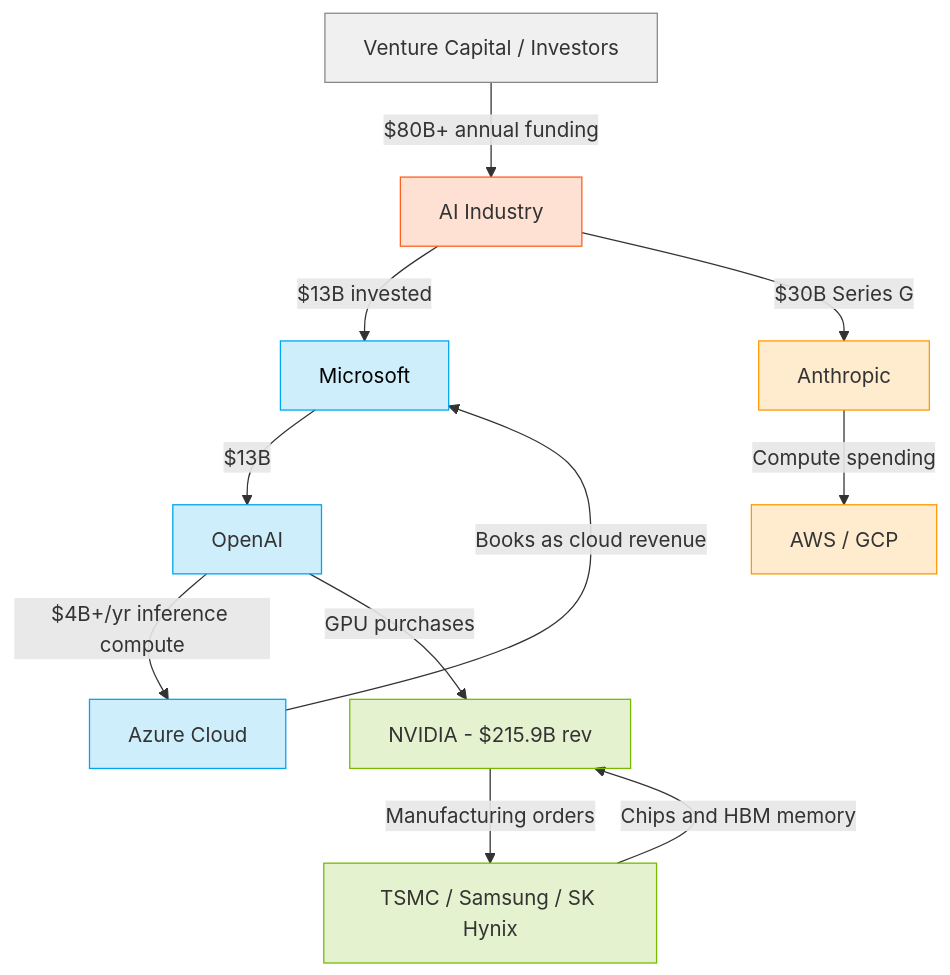
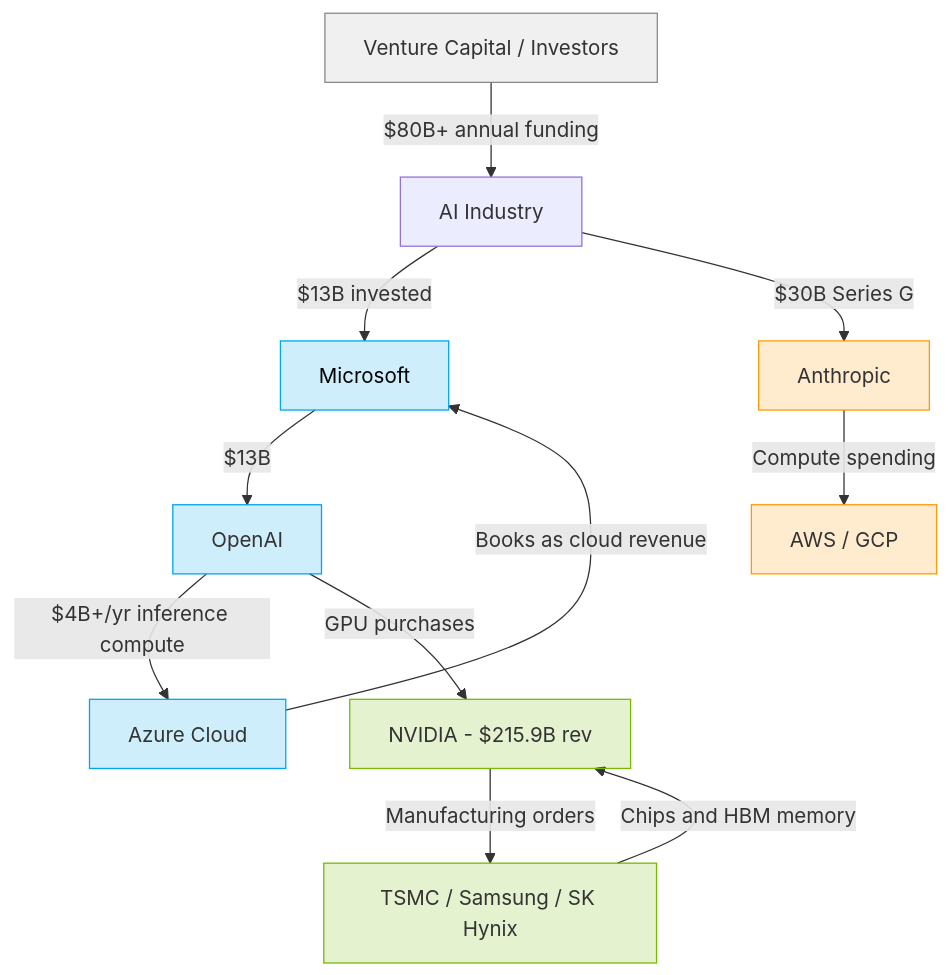
The diagram in data/blog-updates/circular-economy-body.md (beaglabs/www.beaglabs.com), drawn with Mermaid before and after one commit. The commit also changed 150 other files, not shown here.

````diff
--- a/data/blog-updates/circular-economy-body.md
+++ b/data/blog-updates/circular-economy-body.md
@@ -15,25 +15,25 @@
 ```mermaid
 flowchart TD
     VC[Venture Capital / Investors] -->|$80B+ annual funding| AI_IND[AI Industry]
     AI_IND -->|$13B invested| MS[Microsoft]
     MS -->|$13B| OAI[OpenAI]
     OAI -->|$4B+/yr inference compute| AZ[Azure Cloud]
     AZ -->|Books as cloud revenue| MS
 
     OAI -->|GPU purchases| NV[NVIDIA - $215.9B rev]
     NV -->|Manufacturing orders| TSMC[TSMC / Samsung / SK Hynix]
     TSMC -->|Chips and HBM memory| NV
 
     AI_IND -->|$30B Series G| ANT[Anthropic]
     ANT -->|Compute spending| AWS[AWS / GCP]
 
     style MS fill:#00a4ef30,stroke:#00a4ef,color:#000
     style OAI fill:#00a4ef30,stroke:#00a4ef
     style AZ fill:#00a4ef30,stroke:#00a4ef
     style NV fill:#76b90030,stroke:#76b900
     style TSMC fill:#76b90030,stroke:#76b900
     style ANT fill:#ff990030,stroke:#ff9900
     style AWS fill:#ff990030,stroke:#ff9900
     style VC fill:#88888820,stroke:#888
-    style AI_IND fill:#FF5F1F30,stroke:#FF5F1F
+    style AI_IND fill:#fffff30,stroke:#fffff
 ```
````
